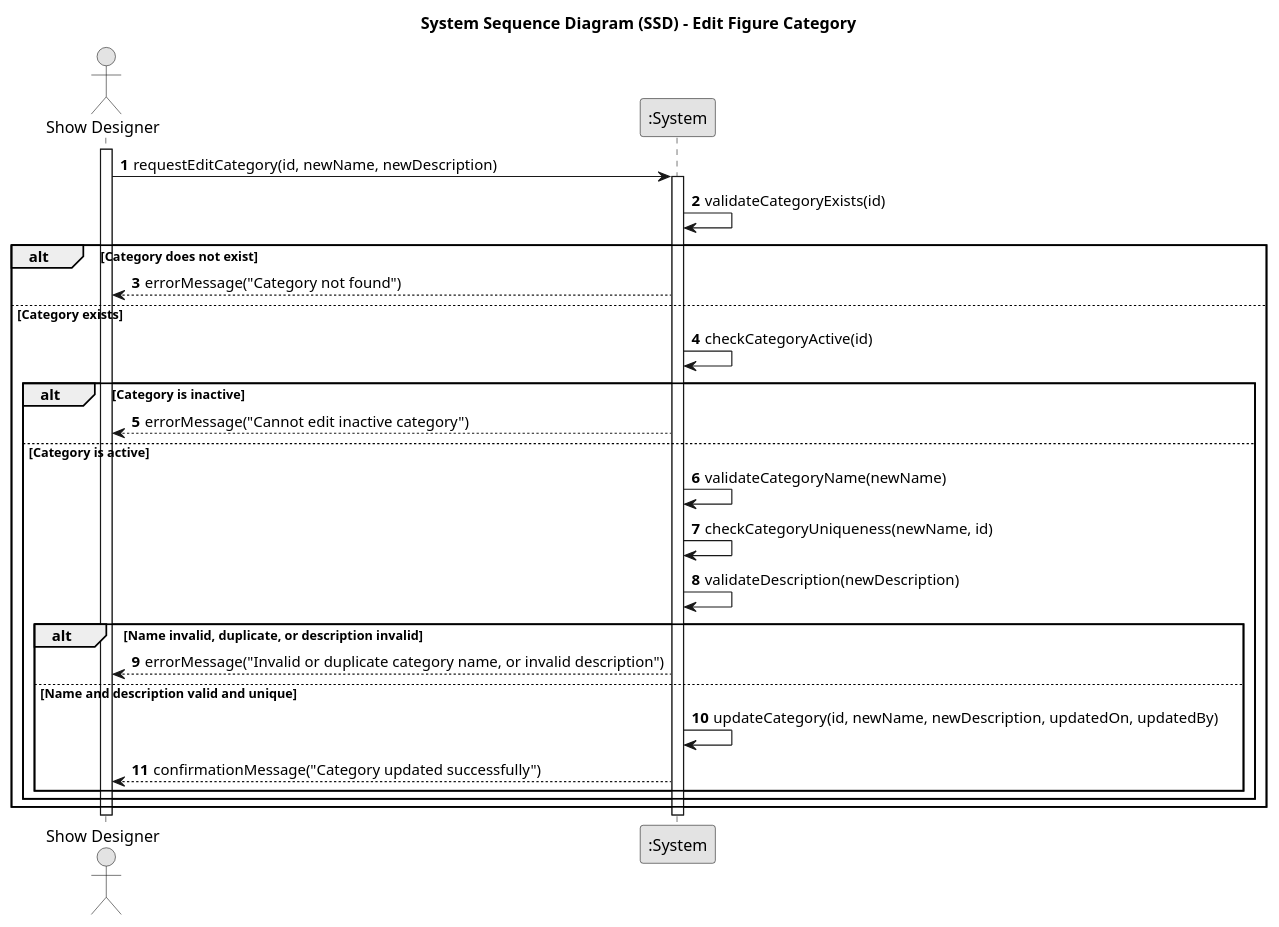
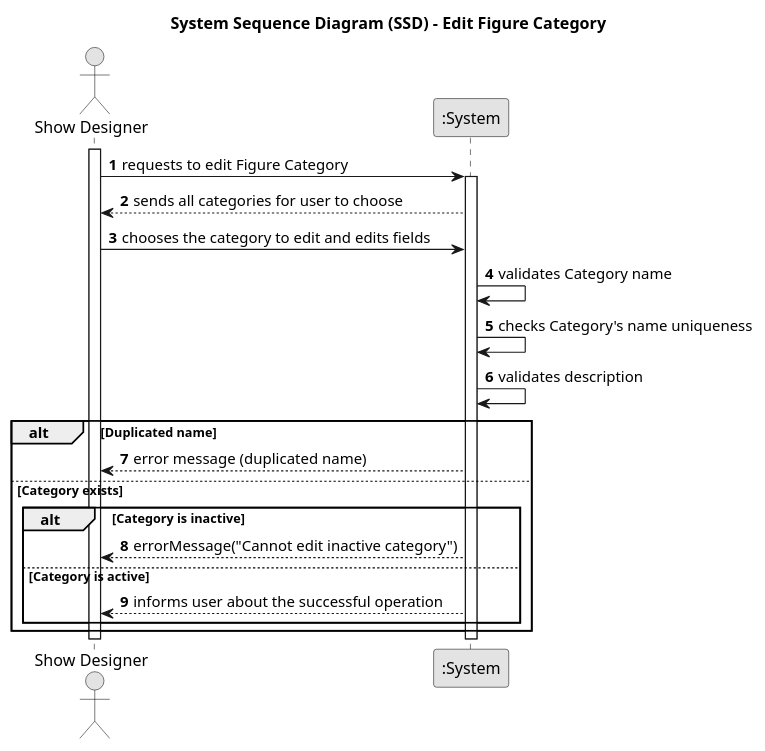
Before and after one commit to SAEmanuel/Shodrone_ISEP: the diagram in docs/planning/sprint2/EAPLI/US246 - Edit figure category/01.requirements-engineering/puml/us246-system-sequence-diagram.puml, drawn with PlantUML. The commit also changed 2 other files, not shown here.

```diff
--- a/docs/planning/sprint2/EAPLI/US246 - Edit figure category/01.requirements-engineering/puml/us246-system-sequence-diagram.puml
+++ b/docs/planning/sprint2/EAPLI/US246 - Edit figure category/01.requirements-engineering/puml/us246-system-sequence-diagram.puml
@@ -1,41 +1,39 @@
 @startuml
 skinparam monochrome true
 skinparam packageStyle rectangle
 skinparam shadowing false
 
 title System Sequence Diagram (SSD) - Edit Figure Category
 
 autonumber
 
 actor "Show Designer" as SD
 participant ":System" as System
 
 activate SD
 
-SD -> System: requestEditCategory(id, newName, newDescription)
+SD -> System: requests to edit Figure Category
 activate System
 
-System -> System: validateCategoryExists(id)
-alt Category does not exist
-    System --> SD: errorMessage("Category not found")
+System --> SD: sends all categories for user to choose
+SD -> System : chooses the category to edit and edits fields
+System -> System: validates Category name
+System -> System: checks Category's name uniqueness
+System -> System: validates description
+
+alt Duplicated name
+ System --> SD: error message (duplicated name)
 else Category exists
-    System -> System: checkCategoryActive(id)
+
     alt Category is inactive
         System --> SD: errorMessage("Cannot edit inactive category")
     else Category is active
-        System -> System: validateCategoryName(newName)
-        System -> System: checkCategoryUniqueness(newName, id)
-        System -> System: validateDescription(newDescription)
-        alt Name invalid, duplicate, or description invalid
-            System --> SD: errorMessage("Invalid or duplicate category name, or invalid description")
-        else Name and description valid and unique
-            System -> System: updateCategory(id, newName, newDescription, updatedOn, updatedBy)
-            System --> SD: confirmationMessage("Category updated successfully")
-        end
+        System --> SD: informs user about the successful operation
+
     end
 end
 
 deactivate System
 deactivate SD
 
 @enduml
```
